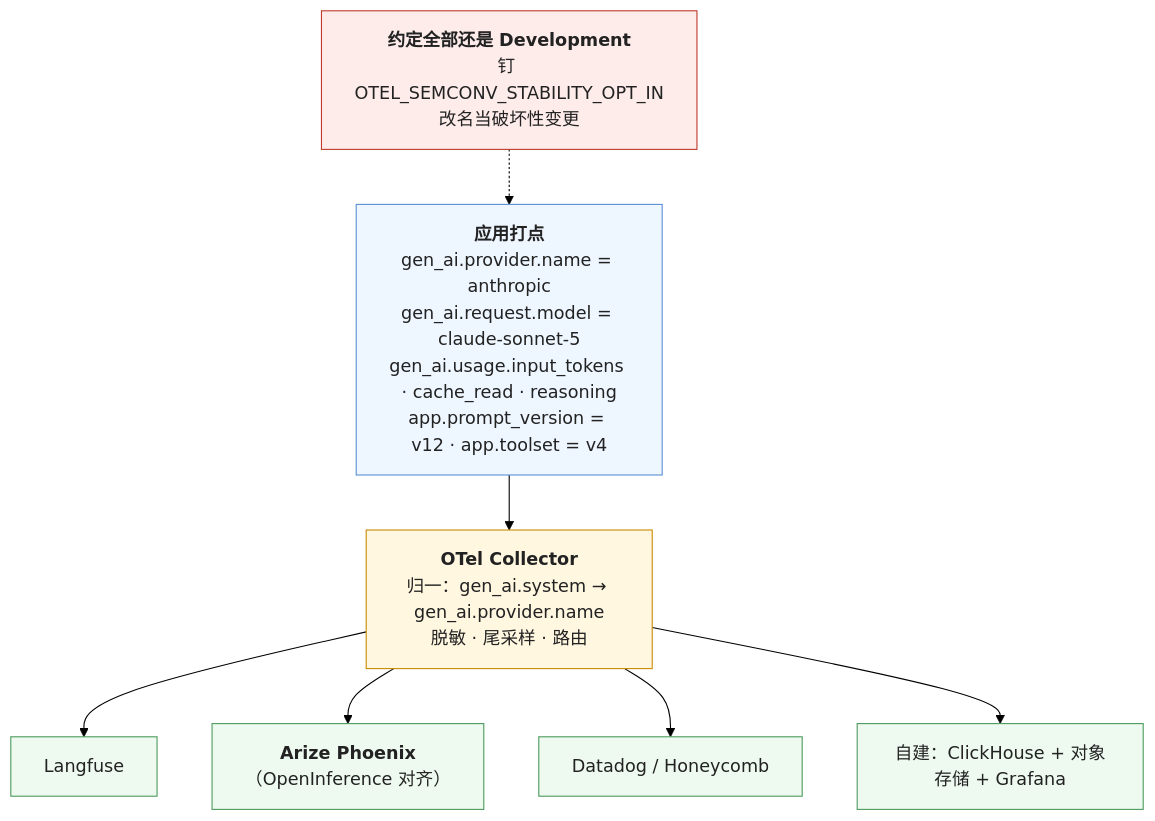
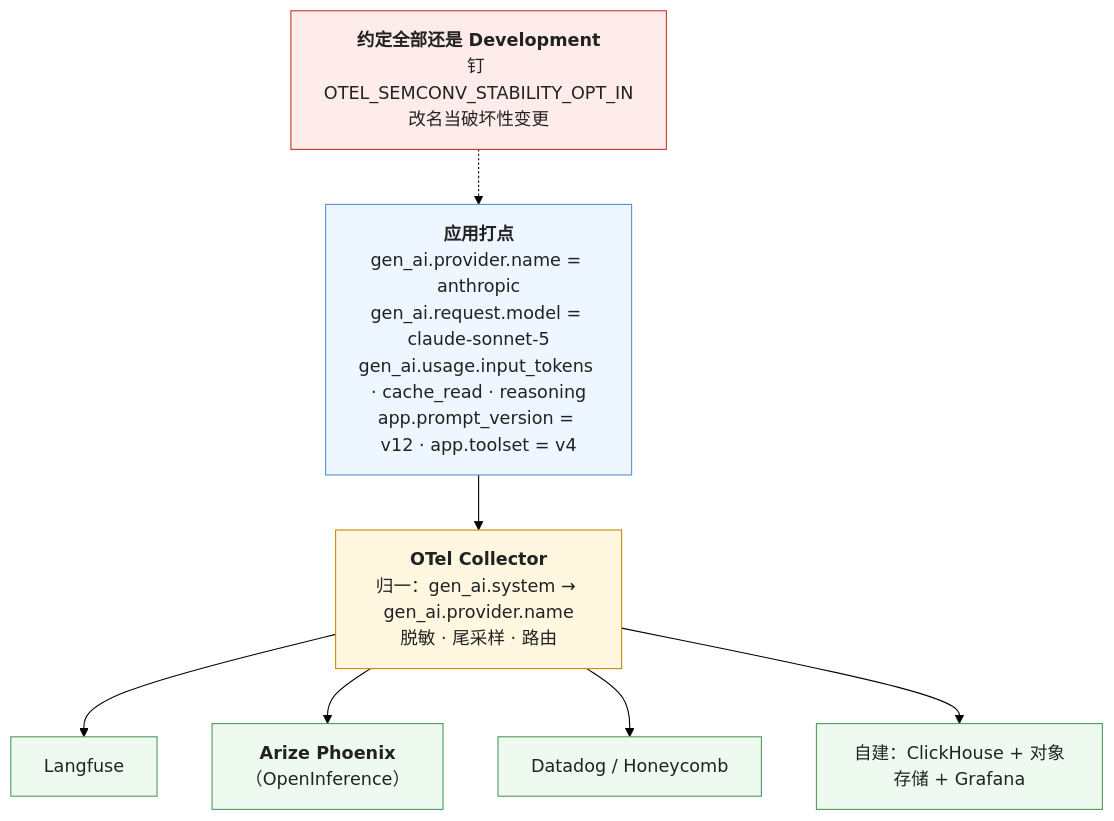
The third of 5 diagrams in _posts/2026-11-04-tracing-spans-opentelemetry-genai-conventions-and-tooling.md (arganzheng/arganzheng.github.com), drawn with Mermaid (forest theme) before and after one commit. The commit also changed other lines of this file and 5 other files, not shown here.

````diff
--- a/_posts/2026-11-04-tracing-spans-opentelemetry-genai-conventions-and-tooling.md
+++ b/_posts/2026-11-04-tracing-spans-opentelemetry-genai-conventions-and-tooling.md
@@ -154,18 +154,18 @@
 ```mermaid
 %% 图：按 OTel GenAI 约定打点的价值——应用用 gen_ai.* 命名（gen_ai.provider.name · gen_ai.request.model · gen_ai.usage.*），业务属性放 app.*（prompt 版本、工具集版本、权限档）；经 Collector 做几代属性名的归一（gen_ai.system → gen_ai.provider.name），任何理解约定的后端（Langfuse · Phoenix · Datadog · 自建 ClickHouse + Grafana）都能读同一份 trace；换后端零成本
 flowchart TB
     APP["<b>应用打点</b><br/>gen_ai.provider.name = anthropic<br/>gen_ai.request.model = claude-sonnet-5<br/>gen_ai.usage.input_tokens · cache_read · reasoning<br/>app.prompt_version = v12 · app.toolset = v4"] --> COL["<b>OTel Collector</b><br/>归一：gen_ai.system → gen_ai.provider.name<br/>脱敏 · 尾采样 · 路由"]
     COL --> B1["Langfuse"]
-    COL --> B2["<b>Arize Phoenix</b><br/>（OpenInference 对齐）"]
+    COL --> B2["<b>Arize Phoenix</b><br/>（OpenInference）"]
     COL --> B3["Datadog / Honeycomb"]
     COL --> B4["自建：ClickHouse + 对象存储 + Grafana"]
     N["<b>约定全部还是 Development</b><br/>钉 OTEL_SEMCONV_STABILITY_OPT_IN<br/>改名当破坏性变更"] -.-> APP
     classDef app fill:#eef6ff,stroke:#5b8fd6,color:#222
     classDef col fill:#fff7e0,stroke:#c98a00,color:#222
     classDef be fill:#eefaf0,stroke:#4d9a5c,color:#222
     classDef n fill:#fdecea,stroke:#c0392b,color:#222
     class APP app
     class COL col
     class B1,B2,B3,B4 be
     class N n
 ```
````
